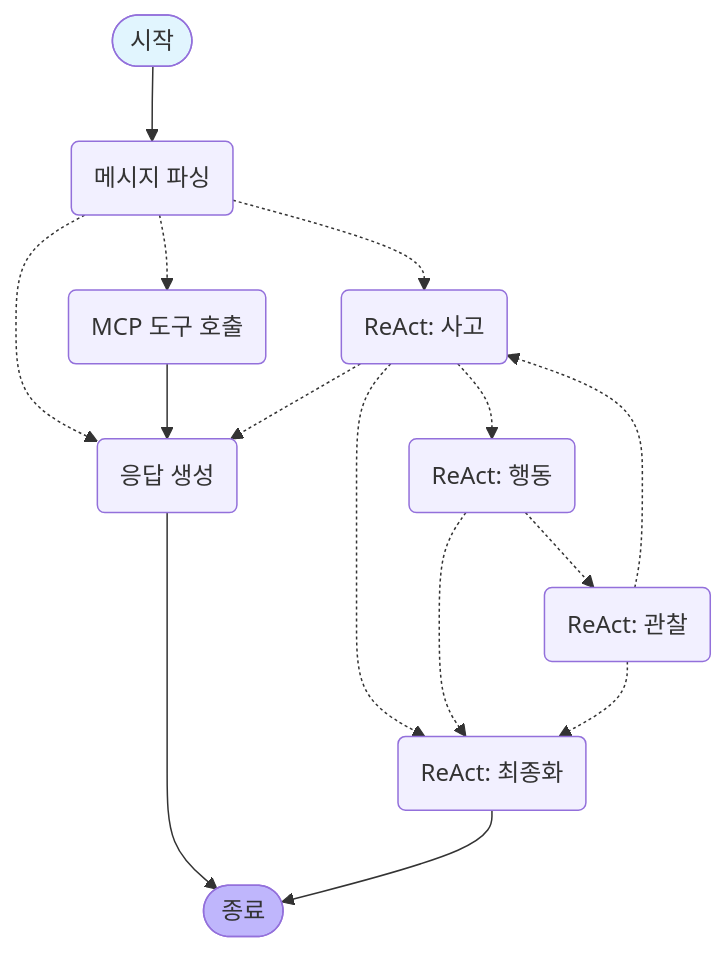
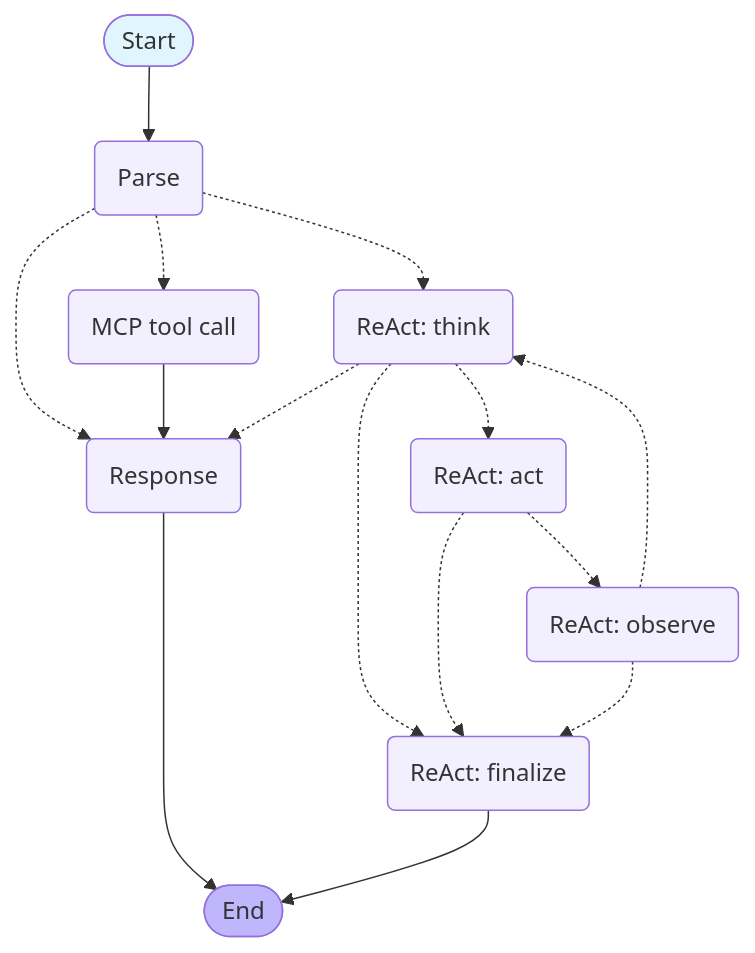
One commit to ysys143/simple_MCP_host changed the diagram in README.md. Above: the diagram before and after it, drawn with Mermaid.

````diff
--- a/README.md
+++ b/README.md
@@ -66,41 +66,41 @@
 ```mermaid
 graph TD;
-    __start__([시작]):::first
-    parse_message(메시지 파싱)
-    call_mcp_tool(MCP 도구 호출)
-    generate_response(응답 생성)
-    react_think(ReAct: 사고)
-    react_act(ReAct: 행동)
-    react_observe(ReAct: 관찰)
-    react_finalize(ReAct: 최종화)
-    __end__([종료]):::last
+    __start__([Start]):::first
+    parse_message(Parse)
+    call_mcp_tool(MCP tool call)
+    generate_response(Response)
+    react_think(ReAct: think)
+    react_act(ReAct: act)
+    react_observe(ReAct: observe)
+    react_finalize(ReAct: finalize)
+    __end__([End]):::last
     
     __start__ --> parse_message
     
     %% 조건부 분기
     parse_message -.-> call_mcp_tool
     parse_message -.-> generate_response
     parse_message -.-> react_think
     
     %% 일반 워크플로우
     call_mcp_tool --> generate_response
     generate_response --> __end__
     
     %% ReAct 워크플로우 (순환)
     react_think -.-> react_act
     react_think -.-> react_finalize
     react_think -.-> generate_response
     
     react_act -.-> react_observe
     react_act -.-> react_finalize
     
     react_observe -.-> react_think
     react_observe -.-> react_finalize
     
     %% 최종 종료
     react_finalize --> __end__
     
     classDef default fill:#f2f0ff,line-height:1.2
     classDef first fill:#e1f5fe
     classDef last fill:#bfb6fc
 ```
````
